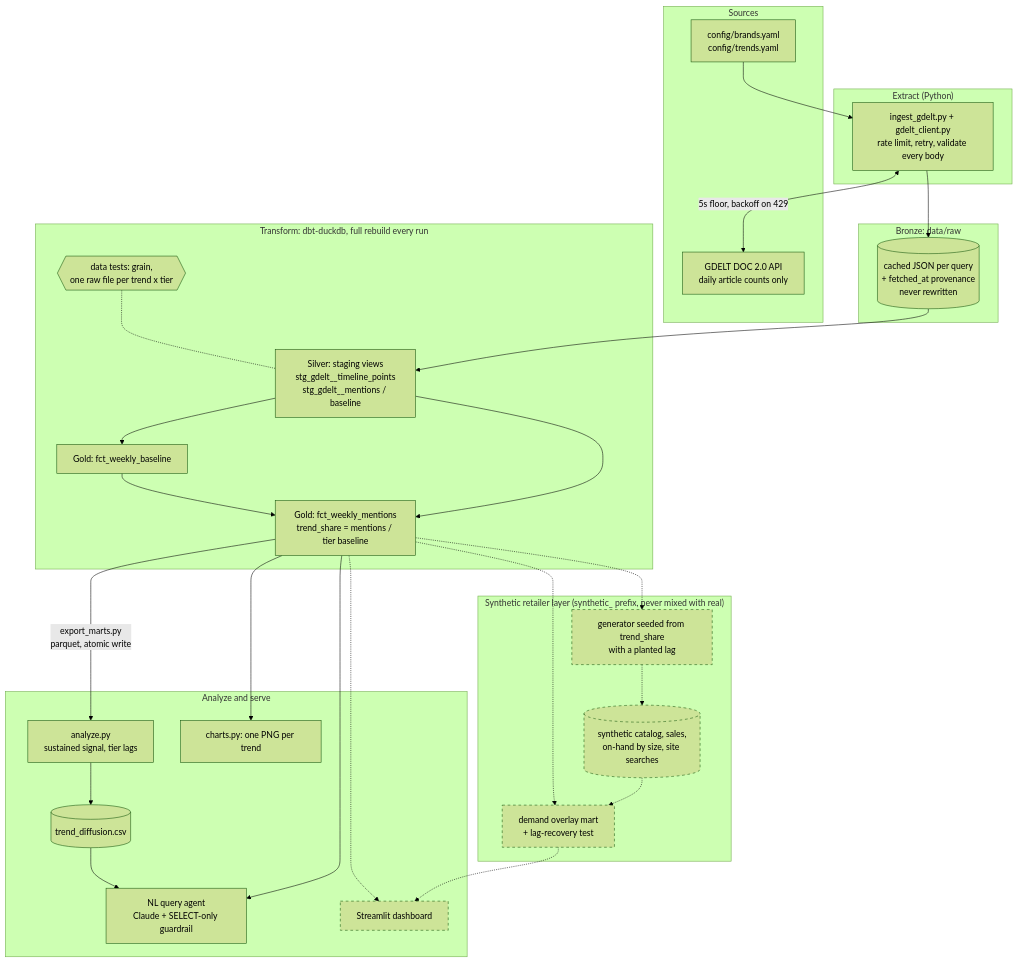
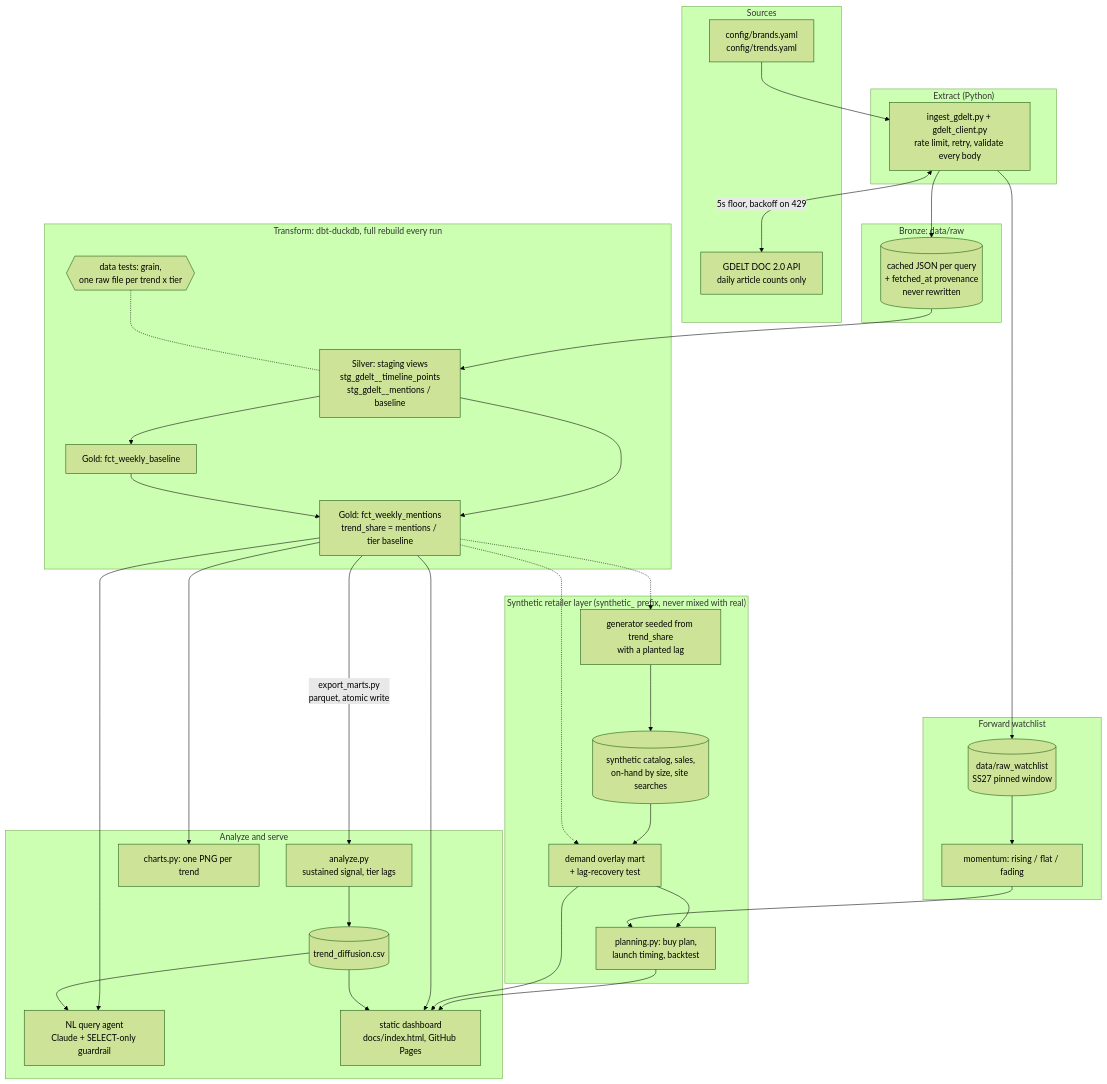
Before and after one commit to snehamondal-data/fashion-trend-engine: the diagram in README.md, drawn with Mermaid (forest theme). The commit also changed other lines of this file and 18 other files, not shown here.

First line of the commit message:
Add forward planning tool, stricter lag validation, plain-English dashboard

````diff
--- a/README.md
+++ b/README.md
@@ -16,59 +97,68 @@
 ```mermaid
 flowchart TB
     subgraph SRC["Sources"]
         G["GDELT DOC 2.0 API<br/>daily article counts only"]
         CFG["config/brands.yaml<br/>config/trends.yaml"]
     end
 
     subgraph EXT["Extract (Python)"]
         I["ingest_gdelt.py + gdelt_client.py<br/>rate limit, retry, validate every body"]
     end
 
     subgraph BRONZE["Bronze: data/raw"]
         R[("cached JSON per query<br/>+ fetched_at provenance<br/>never rewritten")]
     end
 
     subgraph DBT["Transform: dbt-duckdb, full rebuild every run"]
         S["Silver: staging views<br/>stg_gdelt__timeline_points<br/>stg_gdelt__mentions / baseline"]
         WB["Gold: fct_weekly_baseline"]
         WM["Gold: fct_weekly_mentions<br/>trend_share = mentions / tier baseline"]
         Q{{"data tests: grain,<br/>one raw file per trend x tier"}}
     end
 
     subgraph SERVE["Analyze and serve"]
         A["analyze.py<br/>sustained signal, tier lags"]
         CSV[("trend_diffusion.csv")]
         CH["charts.py: one PNG per trend"]
         AG["NL query agent<br/>Claude + SELECT-only guardrail"]
-        DASH["Streamlit dashboard"]
+        DASH["static dashboard<br/>docs/index.html, GitHub Pages"]
     end
 
     subgraph SYN["Synthetic retailer layer (synthetic_ prefix, never mixed with real)"]
         GEN["generator seeded from trend_share<br/>with a planted lag"]
         SD[("synthetic catalog, sales,<br/>on-hand by size, site searches")]
         OV["demand overlay mart<br/>+ lag-recovery test"]
+        PL["planning.py: buy plan,<br/>launch timing, backtest"]
+    end
+
+    subgraph WL["Forward watchlist"]
+        RW[("data/raw_watchlist<br/>SS27 pinned window")]
+        MO["momentum: rising / flat / fading"]
     end
 
     CFG --> I
     I <-->|"5s floor, backoff on 429"| G
     I --> R
     R --> S
     S --> WB
     S --> WM
     WB --> WM
     Q -.- S
     WM -->|"export_marts.py<br/>parquet, atomic write"| A
     A --> CSV
     WM --> CH
     WM --> AG
     CSV --> AG
     WM -.-> GEN
-    GEN -.-> SD
-    SD -.-> OV
+    GEN --> SD
+    SD --> OV
     WM -.-> OV
-    OV -.-> DASH
-    WM -.-> DASH
-
-    classDef planned stroke-dasharray: 5 5
-    class GEN,SD,OV,DASH planned
+    OV --> PL
+    I --> RW
+    RW --> MO
+    MO --> PL
+    PL --> DASH
+    OV --> DASH
+    WM --> DASH
+    CSV --> DASH
 ```
````
